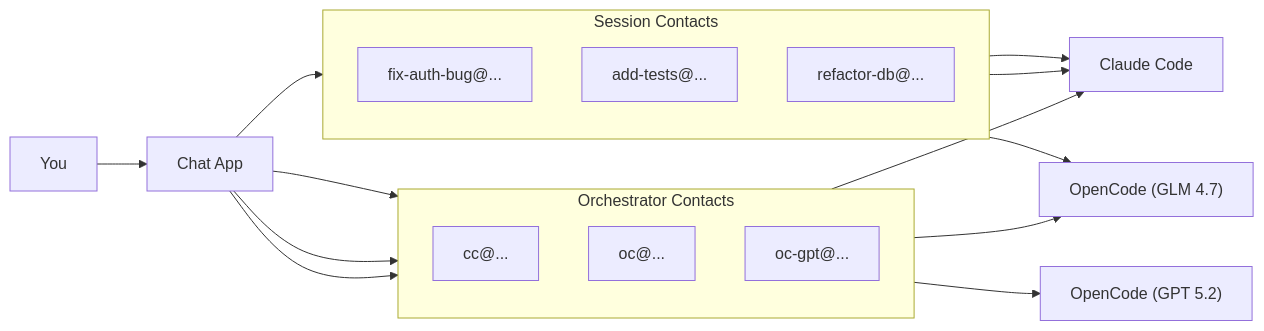
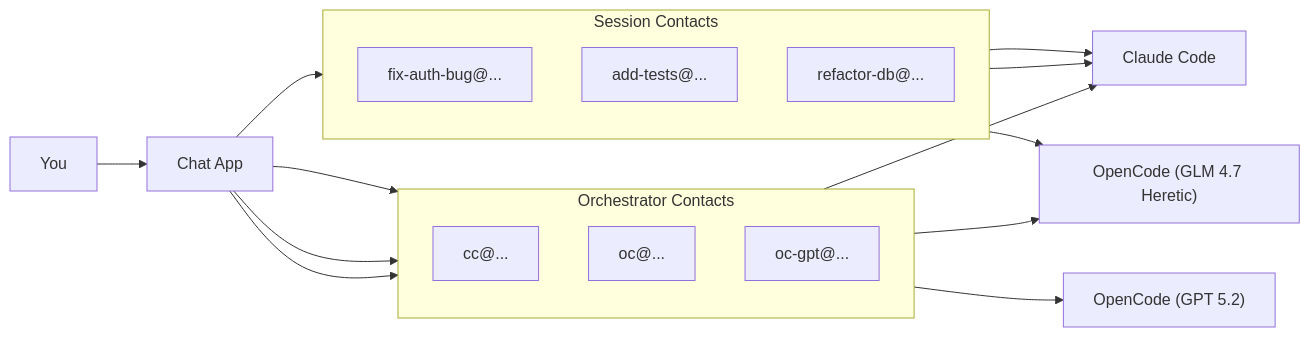
Before and after one commit to 0xrin1/switch: the second of 2 diagrams in README.md, drawn with Mermaid. The commit also changed other lines of this file and 19 other files, not shown here.

````diff
--- a/README.md
+++ b/README.md
@@ -250,30 +250,30 @@
 ```mermaid
 flowchart LR
     You --> Client[Chat App]
     subgraph Orchestrators["Orchestrator Contacts"]
         direction TB
         cc["cc@..."]
         oc["oc@..."]
         ocgpt["oc-gpt@..."]
     end
 
     subgraph Sessions["Session Contacts"]
         direction TB
         s1["fix-auth-bug@..."]
         s2["add-tests@..."]
         s3["refactor-db@..."]
     end
 
     Client --> cc
     Client --> oc
     Client --> ocgpt
     Client --> Sessions
 
     cc --> Claude[Claude Code]
-    oc --> GLM["OpenCode (GLM 4.7)"]
+    oc --> GLM["OpenCode (GLM 4.7 Heretic)"]
     ocgpt --> GPT["OpenCode (GPT 5.2)"]
 
     s1 --> Claude
     s2 --> GLM
     s3 --> Claude
 ```
````
